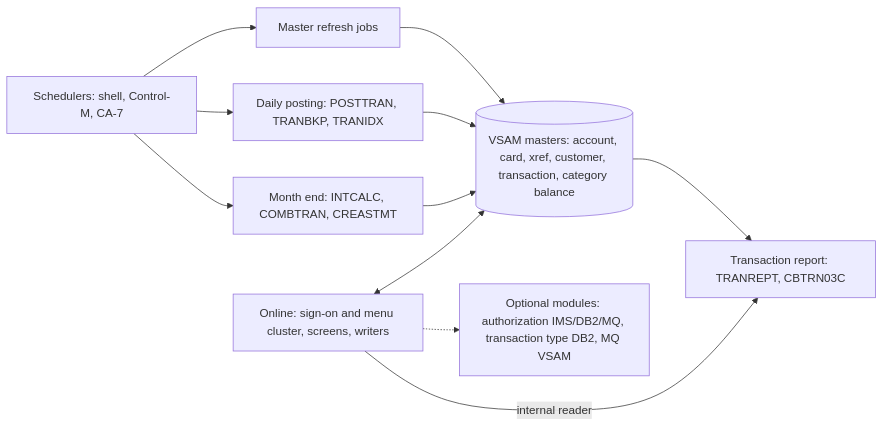
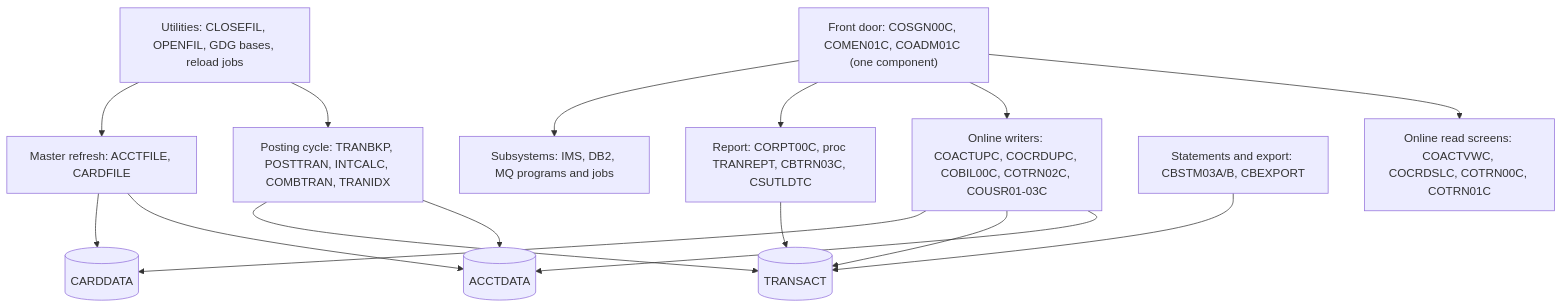
The diagram in evals/runs/carddemo-2/modernization-assessment/02-coupling.md (Sparq-Holding-Inc/claude-legacy-modernization), drawn with Mermaid before and after one commit. The commit also changed other lines of this file and 252 other files, not shown here.

````diff
--- a/evals/runs/carddemo-2/modernization-assessment/02-coupling.md
+++ b/evals/runs/carddemo-2/modernization-assessment/02-coupling.md
@@ -65,13 +34,30 @@
 ```mermaid
-flowchart LR
-  SCHED["Schedulers: shell, Control-M, CA-7"] --> REF["Master refresh jobs"]
-  SCHED --> POST["Daily posting: POSTTRAN, TRANBKP, TRANIDX"]
-  SCHED --> MONTH["Month end: INTCALC, COMBTRAN, CREASTMT"]
-  REF --> MASTERS[("VSAM masters: account, card, xref, customer, transaction, category balance")]
-  POST --> MASTERS
-  MONTH --> MASTERS
-  MASTERS --> RPT["Transaction report: TRANREPT, CBTRN03C"]
-  ONLINE["Online: sign-on and menu cluster, screens, writers"] <--> MASTERS
-  ONLINE -->|"internal reader"| RPT
-  ONLINE -.-> EXT["Optional modules: authorization IMS/DB2/MQ, transaction type DB2, MQ VSAM"]
+graph TD
+  FD["Front door: COSGN00C, COMEN01C, COADM01C (one component)"]
+  ONR["Online read screens: COACTVWC, COCRDSLC, COTRN00C, COTRN01C"]
+  ONW["Online writers: COACTUPC, COCRDUPC, COBIL00C, COTRN02C, COUSR01-03C"]
+  RPT["Report: CORPT00C, proc TRANREPT, CBTRN03C, CSUTLDTC"]
+  POST["Posting cycle: TRANBKP, POSTTRAN, INTCALC, COMBTRAN, TRANIDX"]
+  REF["Master refresh: ACCTFILE, CARDFILE"]
+  STM["Statements and export: CBSTM03A/B, CBEXPORT"]
+  SUB["Subsystems: IMS, DB2, MQ programs and jobs"]
+  UTL["Utilities: CLOSEFIL, OPENFIL, GDG bases, reload jobs"]
+  ACCT[("ACCTDATA")]
+  TRAN[("TRANSACT")]
+  CARD[("CARDDATA")]
+  FD --> ONR
+  FD --> ONW
+  FD --> RPT
+  FD --> SUB
+  ONW --> ACCT
+  ONW --> TRAN
+  ONW --> CARD
+  POST --> ACCT
+  POST --> TRAN
+  REF --> ACCT
+  REF --> CARD
+  RPT --> TRAN
+  STM --> TRAN
+  UTL --> POST
+  UTL --> REF
 ```
````
